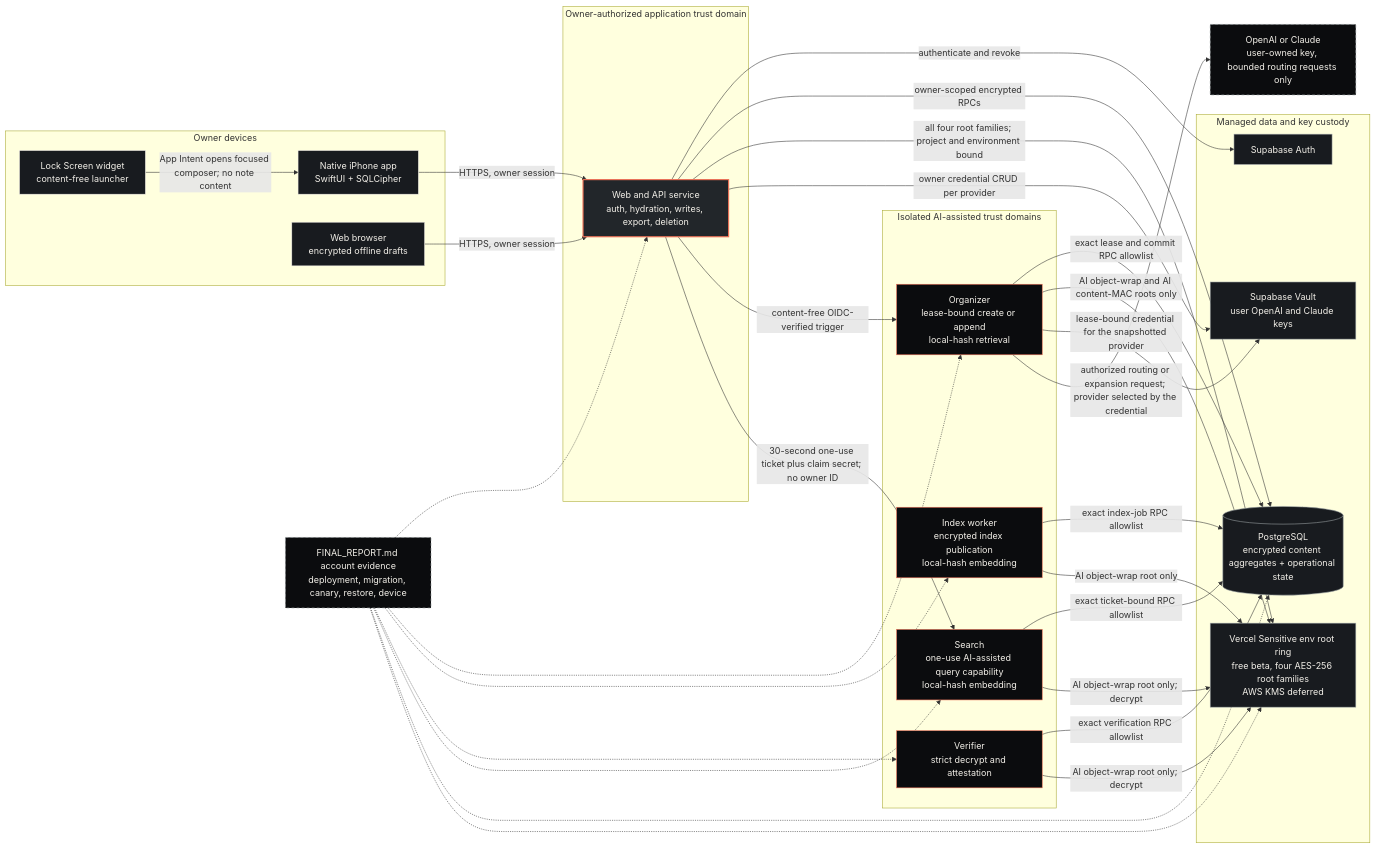
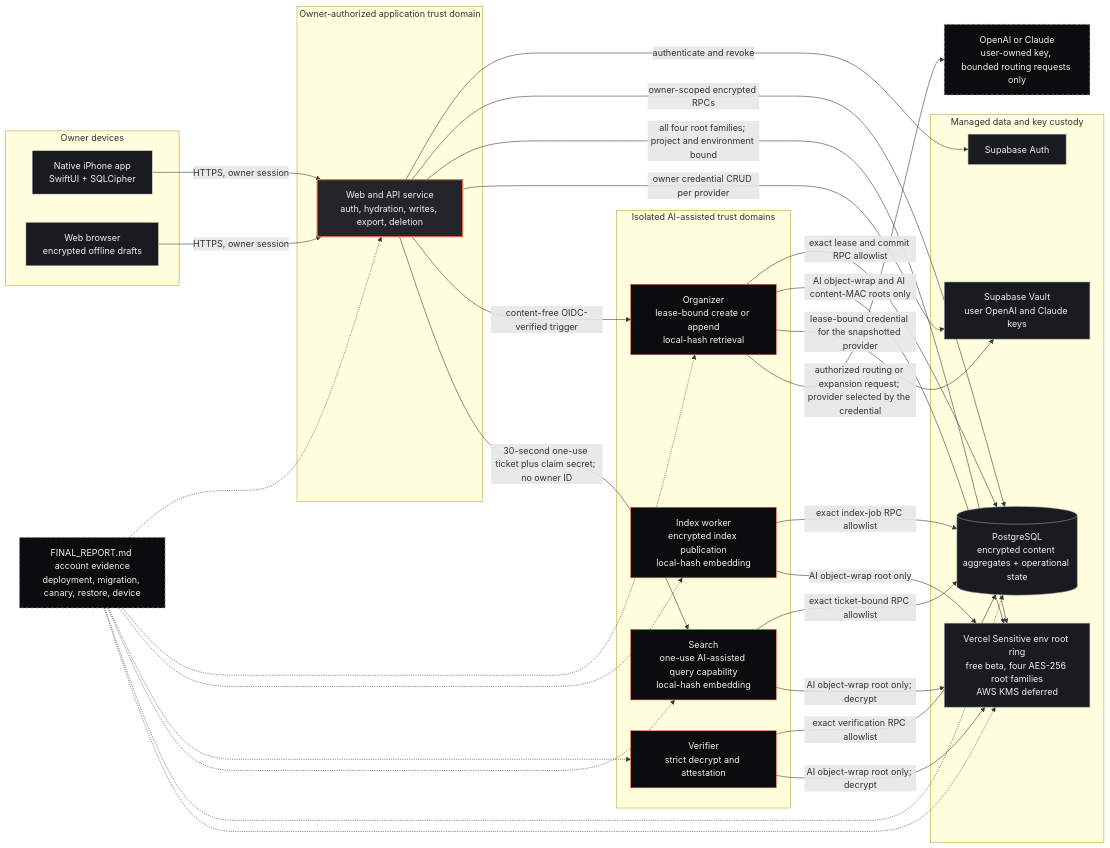
Before and after one commit to Zachshotamartin/unfiled: the diagram in docs/diagrams/unfiled-system.mmd, drawn with Mermaid. The commit also changed 39 other files, not shown here.

First line of the commit message:
feat: remove the Lock Screen widget

```diff
--- a/docs/diagrams/unfiled-system.mmd
+++ b/docs/diagrams/unfiled-system.mmd
@@ -1,70 +1,68 @@
 flowchart LR
   subgraph Owner[Owner devices]
-    Widget[Lock Screen widget<br/>content-free launcher]
     IOS[Native iPhone app<br/>SwiftUI + SQLCipher]
     Browser[Web browser<br/>encrypted offline drafts]
   end
 
   subgraph Interactive[Owner-authorized application trust domain]
     Web[Web and API service<br/>auth, hydration, writes, export, deletion]
   end
 
   subgraph Data[Managed data and key custody]
     Auth[Supabase Auth]
     DB[(PostgreSQL<br/>encrypted content aggregates + operational state)]
     Vault[Supabase Vault<br/>user OpenAI and Claude keys]
     Roots[Vercel Sensitive env root ring<br/>free beta, four AES-256 root families<br/>AWS KMS deferred]
   end
 
   subgraph Isolated[Isolated AI-assisted trust domains]
     Organizer[Organizer<br/>lease-bound create or append<br/>local-hash retrieval]
     Worker[Index worker<br/>encrypted index publication<br/>local-hash embedding]
     Verifier[Verifier<br/>strict decrypt and attestation]
     Search[Search<br/>one-use AI-assisted query capability<br/>local-hash embedding]
   end
 
   Provider[OpenAI or Claude<br/>user-owned key, bounded routing requests only]
   Proof[FINAL_REPORT.md account evidence<br/>deployment, migration, canary, restore, device]
 
-  Widget -->|App Intent opens focused composer; no note content| IOS
   IOS -->|HTTPS, owner session| Web
   Browser -->|HTTPS, owner session| Web
   Web -->|authenticate and revoke| Auth
   Web -->|owner-scoped encrypted RPCs| DB
   Web -->|all four root families; project and environment bound| Roots
   Web -->|owner credential CRUD per provider| Vault
 
   Web -->|content-free OIDC-verified trigger| Organizer
   Organizer -->|exact lease and commit RPC allowlist| DB
   Organizer -->|AI object-wrap and AI content-MAC roots only| Roots
   Organizer -->|lease-bound credential for the snapshotted provider| Vault
   Organizer -->|authorized routing or expansion request; provider selected by the credential| Provider
 
   Worker -->|exact index-job RPC allowlist| DB
   Worker -->|AI object-wrap root only| Roots
 
   Verifier -->|exact verification RPC allowlist| DB
   Verifier -->|AI object-wrap root only; decrypt| Roots
 
   Web -->|30-second one-use ticket plus claim secret; no owner ID| Search
   Search -->|exact ticket-bound RPC allowlist| DB
   Search -->|AI object-wrap root only; decrypt| Roots
 
   Proof -.-> Web
   Proof -.-> Organizer
   Proof -.-> Worker
   Proof -.-> Verifier
   Proof -.-> Search
   Proof -.-> DB
   Proof -.-> Roots
 
   classDef owner fill:#181b1f,stroke:#f2efe8,color:#f2efe8,stroke-width:1px;
   classDef app fill:#22262a,stroke:#ee6f55,color:#f2efe8,stroke-width:2px;
   classDef data fill:#181b1f,stroke:#9da3a6,color:#f2efe8,stroke-width:1px;
   classDef isolated fill:#0b0c0e,stroke:#ee6f55,color:#f2efe8,stroke-width:1px;
   classDef external fill:#0b0c0e,stroke:#9da3a6,color:#f2efe8,stroke-width:1px,stroke-dasharray:5 4;
-  class Widget,IOS,Browser owner;
+  class IOS,Browser owner;
   class Web app;
   class Auth,DB,Vault,Roots data;
   class Organizer,Worker,Verifier,Search isolated;
   class Provider,Proof external;
```
